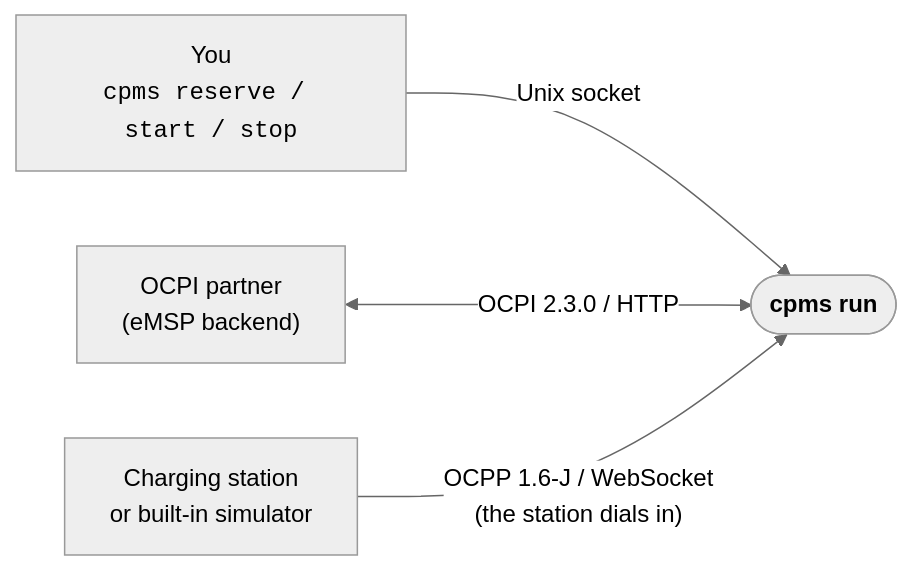
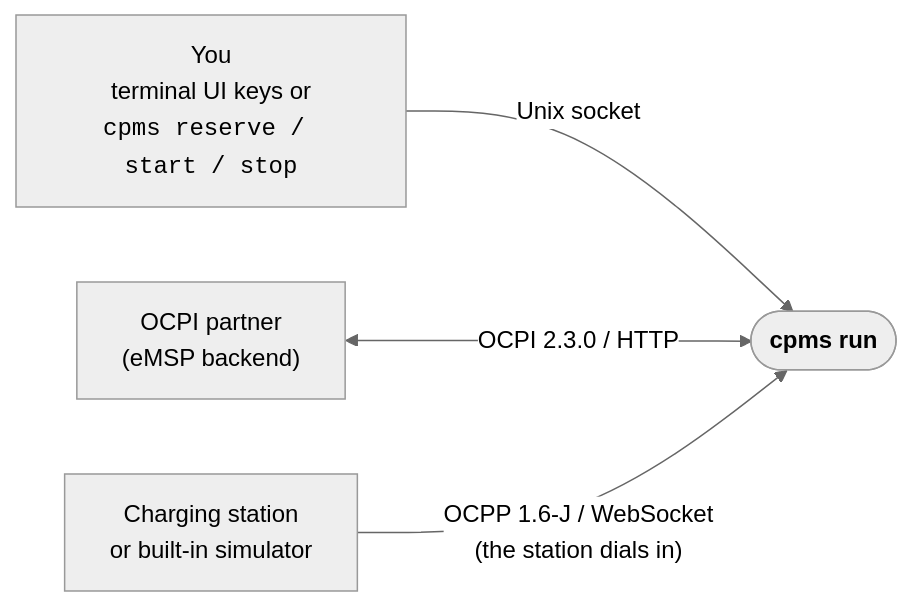
The diagram in docs/index.md (wolffseb/headless-csms), drawn with Mermaid (neutral theme) before and after one commit. The commit also changed other lines of this file and 14 other files, not shown here.

````diff
--- a/docs/index.md
+++ b/docs/index.md
@@ -18,11 +18,11 @@
 ```mermaid
 flowchart LR
-    you["You<br/><code>cpms reserve / start / stop</code>"]
+    you["You<br/>terminal UI keys or<br/><code>cpms reserve / start / stop</code>"]
     partner["OCPI partner<br/>(eMSP backend)"]
     cpms(["<b>cpms run</b>"])
     station["Charging station<br/>or built-in simulator"]
 
     you -- "Unix socket" --> cpms
     partner <-- "OCPI 2.3.0 / HTTP" --> cpms
     station -- "OCPP 1.6-J / WebSocket<br/>(the station dials in)" --> cpms
 ```
````
